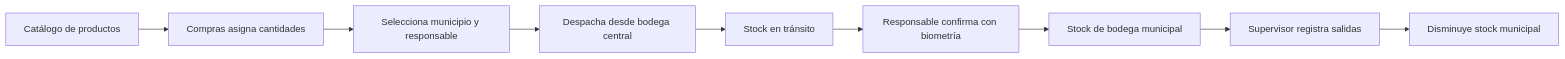
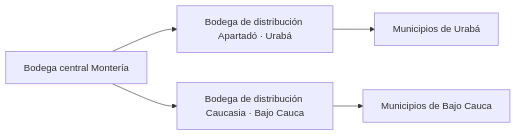
Before and after one commit to jonnatanba1/Futuragest-backend-frontend: the diagram in INVENTARIO_PLAN.md, drawn with Mermaid. The commit also changed other lines of this file, not shown here.

````diff
--- a/INVENTARIO_PLAN.md
+++ b/INVENTARIO_PLAN.md
@@ -16,11 +7,7 @@
 ```mermaid
 flowchart LR
-    A["Catálogo de productos"] --> B["Compras asigna cantidades"]
-    B --> C["Selecciona municipio y responsable"]
-    C --> D["Despacha desde bodega central"]
-    D --> E["Stock en tránsito"]
-    E --> F["Responsable confirma con biometría"]
-    F --> G["Stock de bodega municipal"]
-    G --> H["Supervisor registra salidas"]
-    H --> I["Disminuye stock municipal"]
+  M["Bodega central Montería"] --> A["Bodega de distribución Apartadó · Urabá"]
+  M --> C["Bodega de distribución Caucasia · Bajo Cauca"]
+  A --> U["Municipios de Urabá"]
+  C --> B["Municipios de Bajo Cauca"]
 ```
````
